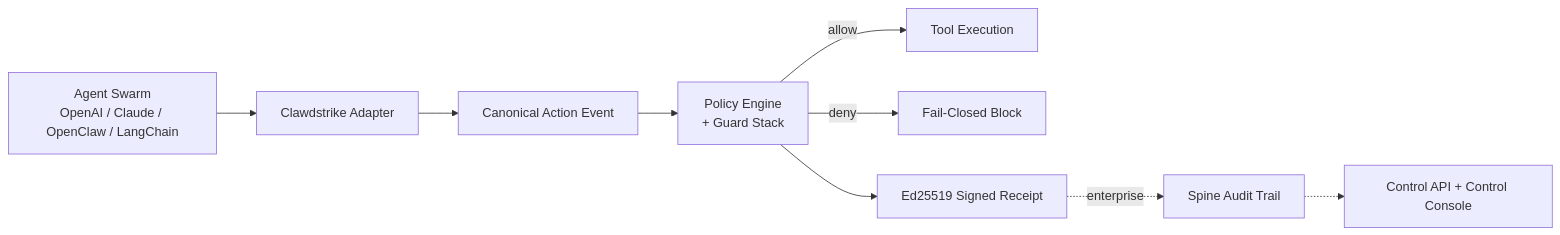
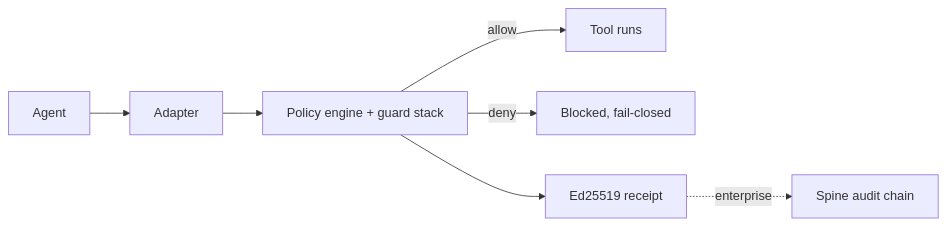
Before and after one commit to backbay-labs/clawdstrike: the diagram in README.md, drawn with Mermaid. The commit also changed other lines of this file and 45889 other files, not shown here.

````diff
--- a/README.md
+++ b/README.md
@@ -82,11 +99,9 @@
 ```mermaid
 flowchart LR
-    A[Agent Swarm<br/>OpenAI / Claude / OpenClaw / LangChain] --> B[Clawdstrike Adapter]
-    B --> C[Canonical Action Event]
-    C --> D[Policy Engine<br/>+ Guard Stack]
-    D -->|allow| E[Tool Execution]
-    D -->|deny| F[Fail-Closed Block]
-    D --> G[Ed25519 Signed Receipt]
-    G -.->|enterprise| H[Spine Audit Trail]
-    H -.-> I[Control API + Control Console]
+    A[Agent] --> B[Adapter]
+    B --> C[Policy engine + guard stack]
+    C -->|allow| D[Tool runs]
+    C -->|deny| E[Blocked, fail-closed]
+    C --> F[Ed25519 receipt]
+    F -.->|enterprise| G[Spine audit chain]
 ```
````
